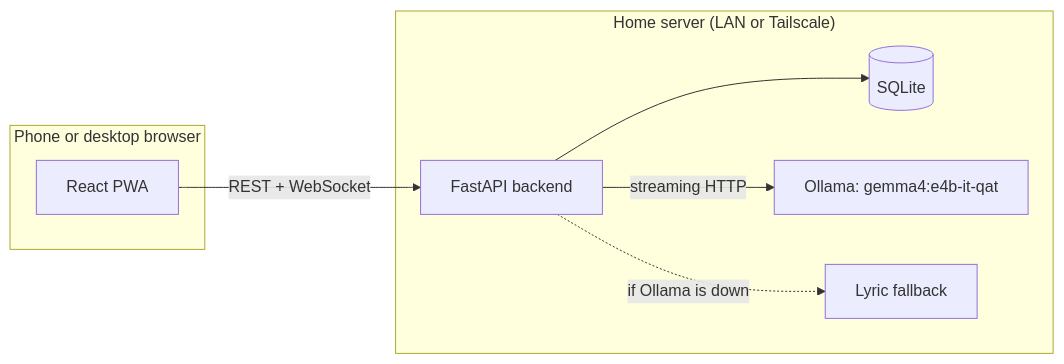
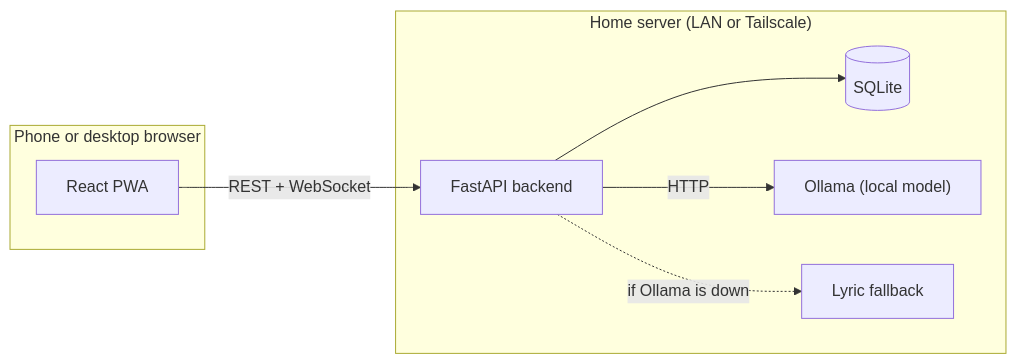
One commit to theyoyoyo/breakFast changed the diagram in README.md. Above: the diagram before and after it, drawn with Mermaid. The commit also changed other lines of this file, not shown here.

````diff
--- a/README.md
+++ b/README.md
@@ -48,16 +50,16 @@
 ```mermaid
 flowchart LR
     subgraph Devices["Phone or desktop browser"]
         UI["React PWA"]
     end
     subgraph Server["Home server (LAN or Tailscale)"]
         API["FastAPI backend"]
         DB[("SQLite")]
-        LLM["Ollama: gemma4:e4b-it-qat"]
+        LLM["Ollama (local model)"]
         FB["Lyric fallback"]
     end
     UI -- "REST + WebSocket" --> API
     API --> DB
-    API -- "streaming HTTP" --> LLM
+    API -- "HTTP" --> LLM
     API -. "if Ollama is down" .-> FB
 ```
````
